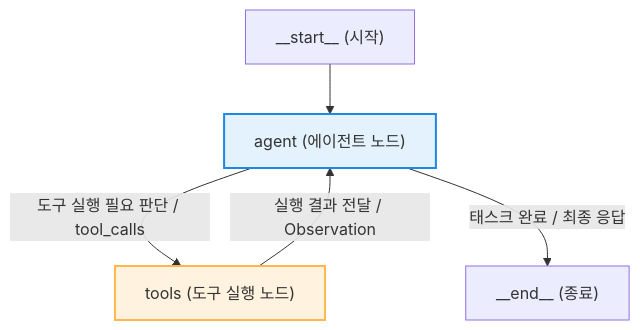
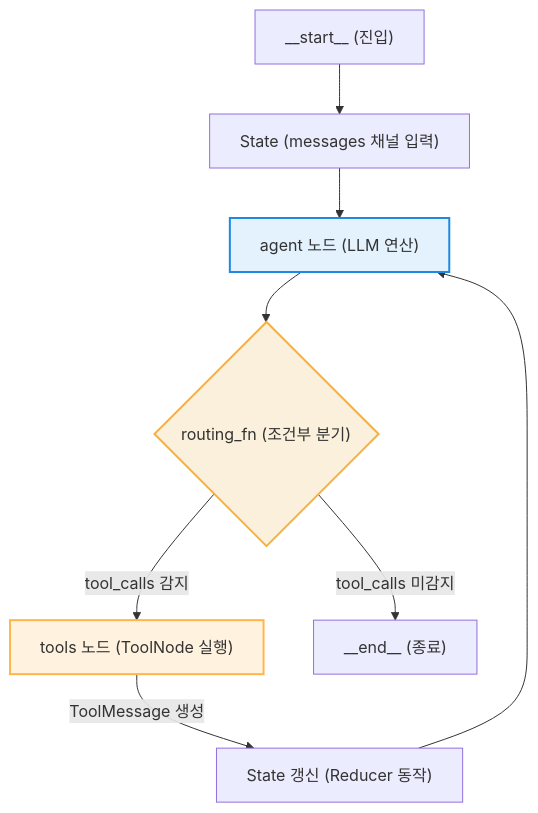
Before and after one commit to shinwokkang/Generative-AI-AI-Agents: the diagram in Module 4: Building Agents with LangGraph/Lesson4.2_Prebuilt ReAct Agent in LangGraph.md, drawn with Mermaid. The commit also changed other lines of this file, not shown here.

Commit message:
docs: enrich Lesson 4.2 with advanced prebuilt ReAct agent details and restaurant reservation trace

````diff
--- a/Module 4: Building Agents with LangGraph/Lesson4.2_Prebuilt ReAct Agent in LangGraph.md
+++ b/Module 4: Building Agents with LangGraph/Lesson4.2_Prebuilt ReAct Agent in LangGraph.md
@@ -15,10 +15,16 @@
 ```mermaid
-graph TD
-    START["__start__ (시작)"] --> Agent["agent (에이전트 노드)"]
-    Agent -->|도구 실행 필요 판단 / tool_calls| Tools["tools (도구 실행 노드)"]
-    Tools -->|실행 결과 전달 / Observation| Agent
-    Agent -->|태스크 완료 / 최종 응답| END["__end__ (종료)"]
+flowchart TD
+    START["__start__ (진입)"] --> InputState["State (messages 채널 입력)"]
+    InputState --> AgentNode["agent 노드 (LLM 연산)"]
+    AgentNode --> Routing{"routing_fn (조건부 분기)"}
+    
+    Routing -->|tool_calls 감지| ToolsNode["tools 노드 (ToolNode 실행)"]
+    ToolsNode -->|ToolMessage 생성| UpdateState["State 갱신 (Reducer 동작)"]
+    UpdateState --> AgentNode
+    
+    Routing -->|tool_calls 미감지| END["__end__ (종료)"]
 
-    style Agent fill:#e3f2fd,stroke:#1e88e5,stroke-width:2px
-    style Tools fill:#fff3e0,stroke:#ffb74d,stroke-width:2px
+    style AgentNode fill:#e3f2fd,stroke:#1e88e5,stroke-width:2px
+    style ToolsNode fill:#fff3e0,stroke:#ffb74d,stroke-width:2px
+    style Routing fill:#faf0db,stroke:#f5b041,stroke-width:2px
 ```
````
